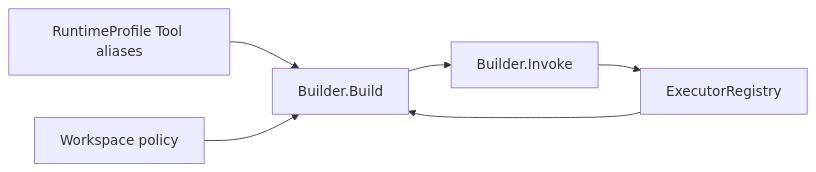
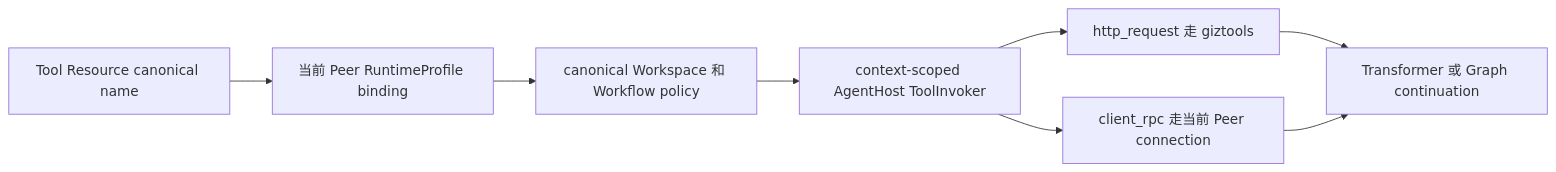
One commit to GizClaw/gizclaw changed the diagram in guides/zh/developing/gizclaw/services/runtime/toolkit.md. Above: the diagram before and after it, drawn with Mermaid. The commit also changed other lines of this file and 95 other files, not shown here.

First line of the commit message:
tools: add typed RuntimeProfile tool execution

````diff
--- a/guides/zh/developing/gizclaw/services/runtime/toolkit.md
+++ b/guides/zh/developing/gizclaw/services/runtime/toolkit.md
@@ -9,8 +45,10 @@
 ```mermaid
 flowchart LR
-    Profile["RuntimeProfile Tool aliases"] --> Builder["Builder.Build"]
-    Policy["Workspace policy"] --> Builder
-    Executors["ExecutorRegistry"] --> Builder
-    Builder --> Invoke["Builder.Invoke"]
-    Invoke --> Executors
+    Resource["Tool Resource canonical name"] --> Profile["当前 Peer RuntimeProfile binding"]
+    Profile --> Policy["canonical Workspace 和 Workflow policy"]
+    Policy --> Invoker["context-scoped AgentHost ToolInvoker"]
+    Invoker --> HTTP["http_request 走 giztools"]
+    Invoker --> Client["client_rpc 走当前 Peer connection"]
+    HTTP --> Continue["Transformer 或 Graph continuation"]
+    Client --> Continue
 ```
````
